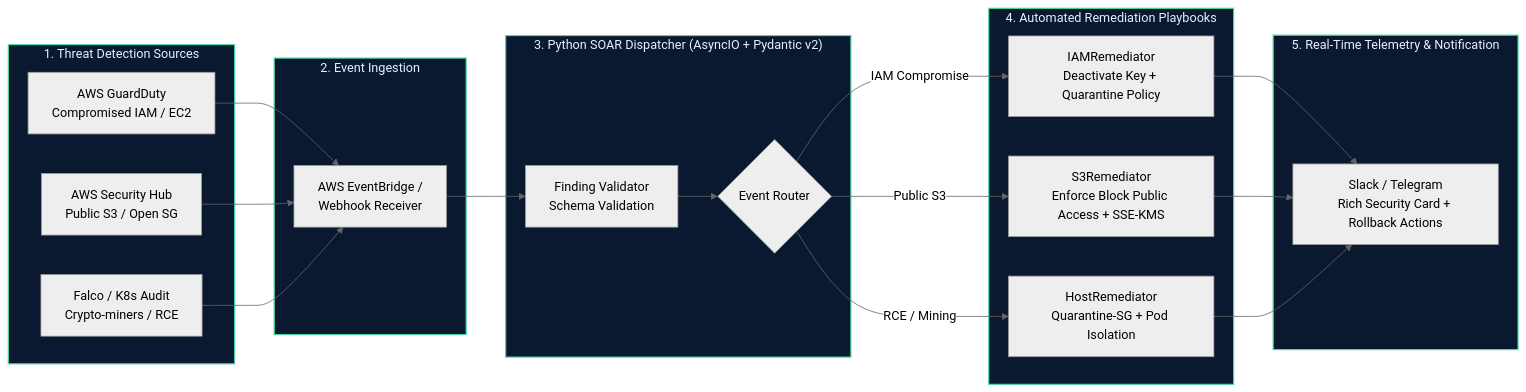
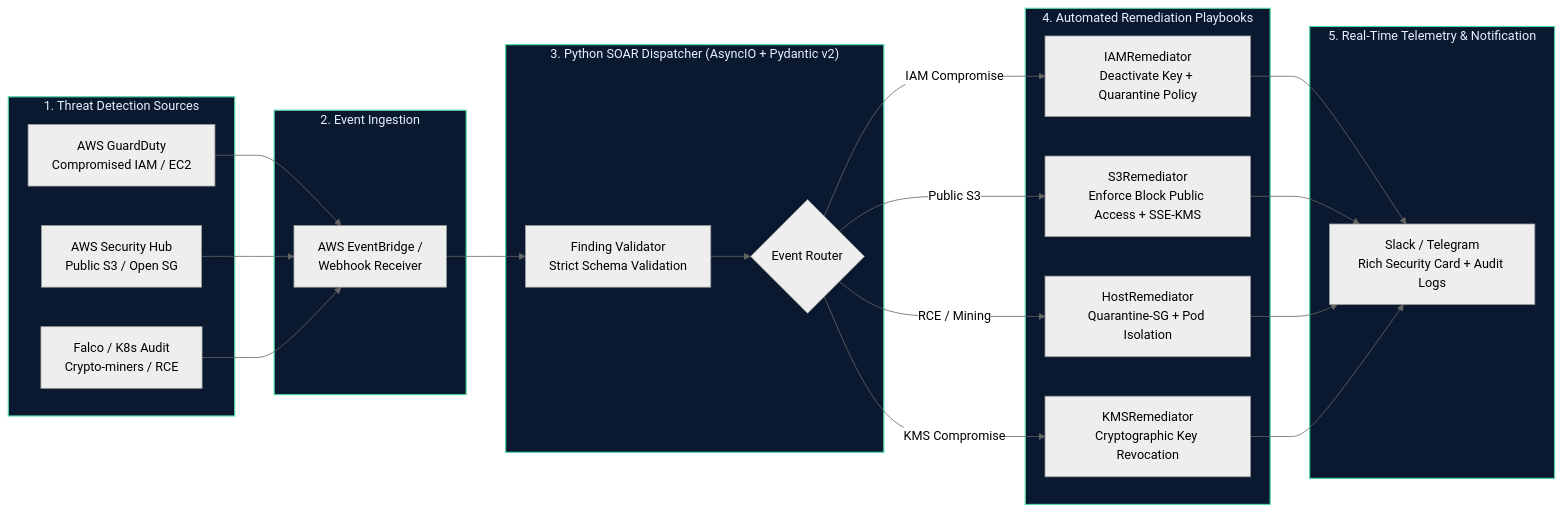
Before and after one commit to huy8114644/cloud-security-auto-remediation: the diagram in README.md, drawn with Mermaid (neutral theme). The commit also changed other lines of this file and 2 other files, not shown here.

````diff
--- a/README.md
+++ b/README.md
@@ -15,30 +27,31 @@
 ```mermaid
 flowchart LR
     subgraph Sources ["1. Threat Detection Sources"]
         A[AWS GuardDuty<br/>Compromised IAM / EC2]
         B[AWS Security Hub<br/>Public S3 / Open SG]
         C[Falco / K8s Audit<br/>Crypto-miners / RCE]
     end
 
     subgraph Bus ["2. Event Ingestion"]
         A & B & C --> D[AWS EventBridge /<br/>Webhook Receiver]
     end
 
     subgraph Engine ["3. Python SOAR Dispatcher (AsyncIO + Pydantic v2)"]
-        D --> E[Finding Validator<br/>Schema Validation]
+        D --> E[Finding Validator<br/>Strict Schema Validation]
         E --> F{Event Router}
     end
 
     subgraph Remediators ["4. Automated Remediation Playbooks"]
         F -->|IAM Compromise| G[IAMRemediator<br/>Deactivate Key + Quarantine Policy]
         F -->|Public S3| H[S3Remediator<br/>Enforce Block Public Access + SSE-KMS]
         F -->|RCE / Mining| I[HostRemediator<br/>Quarantine-SG + Pod Isolation]
+        F -->|KMS Compromise| J[KMSRemediator<br/>Cryptographic Key Revocation]
     end
 
     subgraph Triage ["5. Real-Time Telemetry & Notification"]
-        G & H & I --> J[Slack / Telegram<br/>Rich Security Card + Rollback Actions]
+        G & H & I & J --> K[Slack / Telegram<br/>Rich Security Card + Audit Logs]
     end
 
     classDef dark fill:#0a192f,stroke:#4fd6a8,stroke-width:1.5px,color:#e6f1ff;
     class Sources,Bus,Engine,Remediators,Triage dark;
 ```
````
